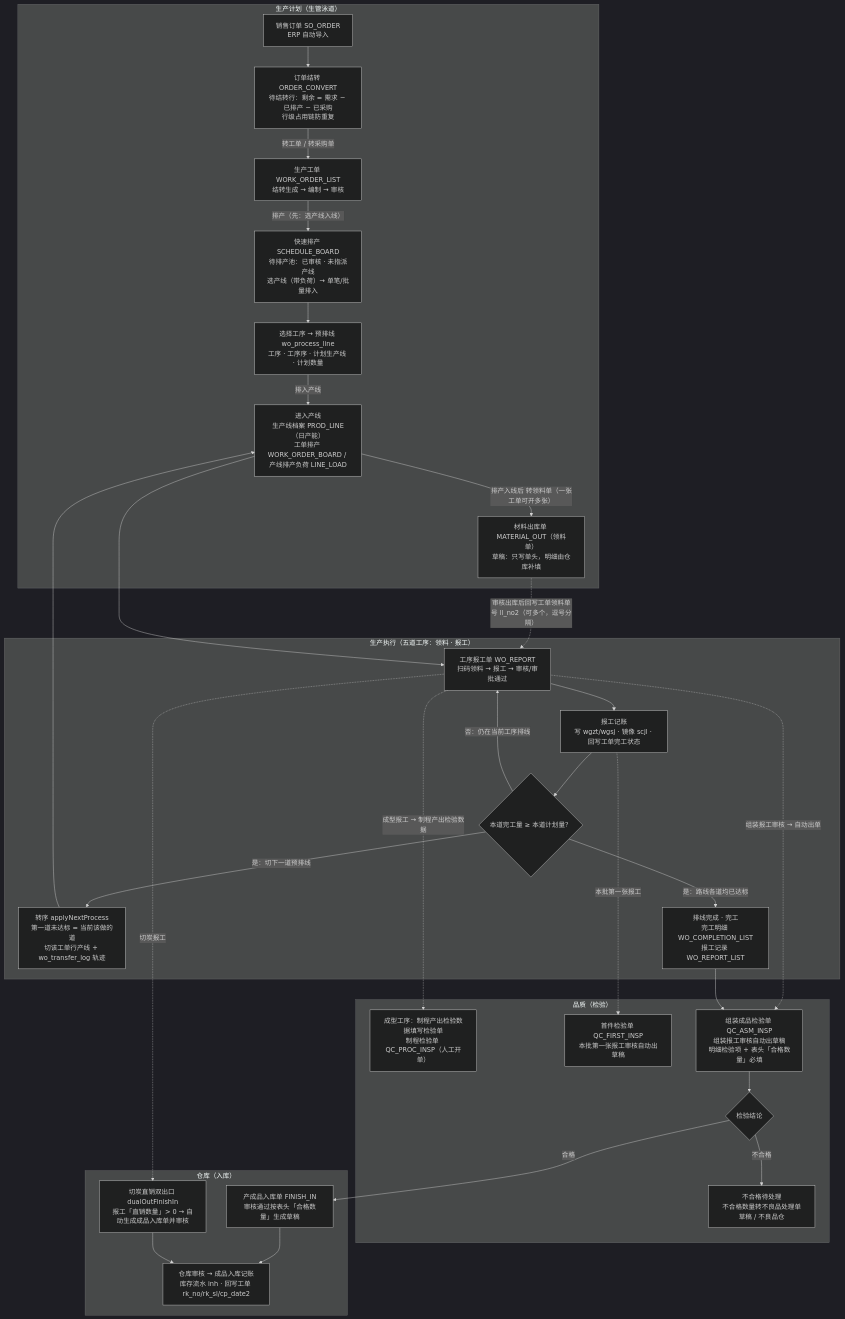
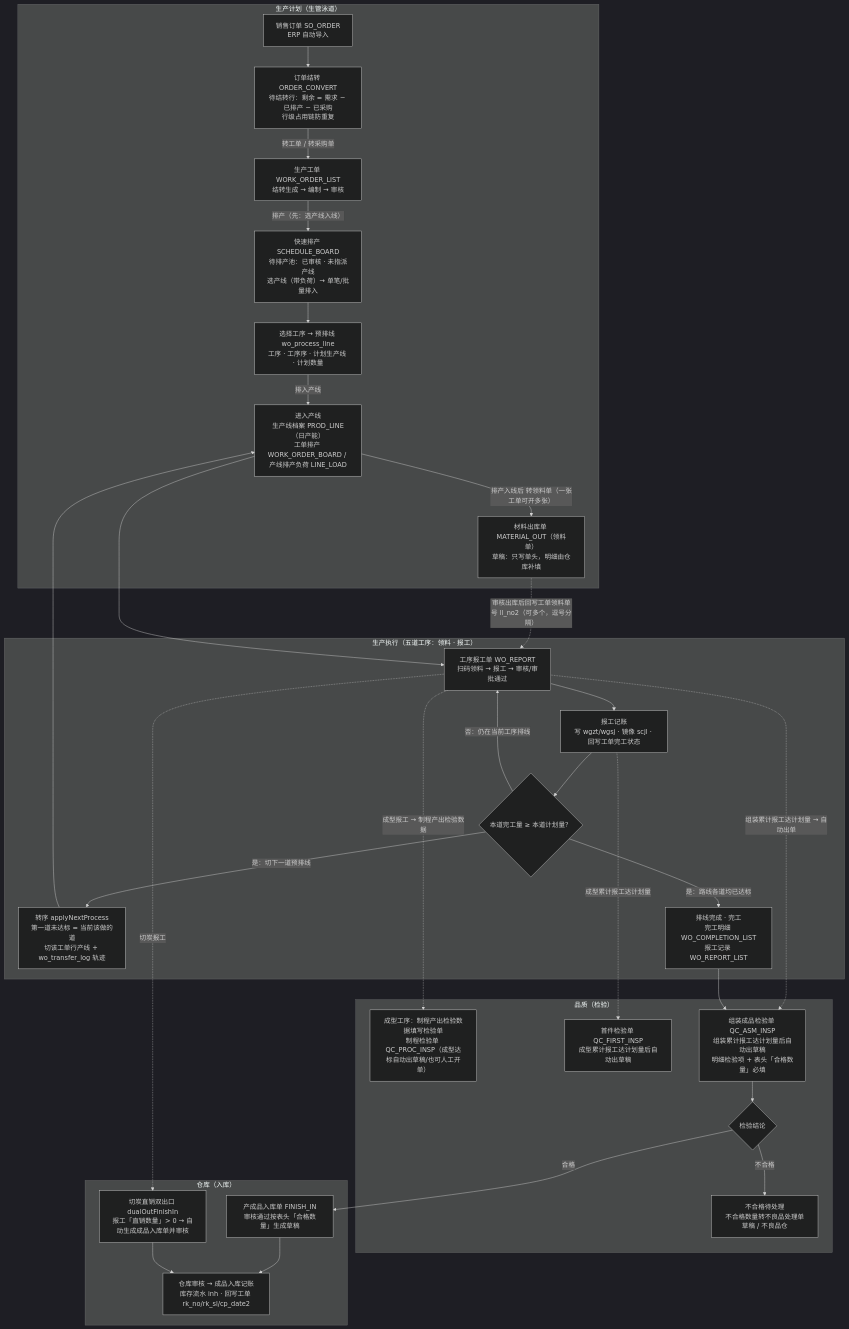
One commit to MyPanda-Hash/YINJIA changed the diagram in docs/design/生产流程-现役实现.md. Above: the diagram before and after it, drawn with Mermaid (dark theme). The commit also changed other lines of this file and 17 other files, not shown here.

````diff
--- a/docs/design/生产流程-现役实现.md
+++ b/docs/design/生产流程-现役实现.md
@@ -13,58 +13,58 @@
 ```mermaid
 flowchart TD
   subgraph PLAN["生产计划（生管泳道）"]
     SO["销售订单 SO_ORDER<br/>ERP 自动导入"]
     CONV["订单结转 ORDER_CONVERT<br/>待结转行：剩余 = 需求 − 已排产 − 已采购<br/>行级占用链防重复"]
     WO["生产工单 WORK_ORDER_LIST<br/>结转生成 → 编制 → 审核"]
     PICK["材料出库单 MATERIAL_OUT（领料单）<br/>草稿：只写单头，明细由仓库补填"]
     SB["快速排产 SCHEDULE_BOARD<br/>待排产池：已审核 · 未指派产线<br/>选产线（带负荷）→ 单笔/批量排入"]
     OPSEL["选择工序 → 预排线 wo_process_line<br/>工序 · 工序序 · 计划生产线 · 计划数量"]
     LINE["进入产线<br/>生产线档案 PROD_LINE（日产能）<br/>工单排产 WORK_ORDER_BOARD / 产线排产负荷 LINE_LOAD"]
   end
 
   subgraph EXEC["生产执行（五道工序：领料 · 报工）"]
     REP["工序报工单 WO_REPORT<br/>扫码领料 → 报工 → 审核/审批通过"]
     POST["报工记账<br/>写 wgzt/wgsj · 镜像 scjl · 回写工单完工状态"]
     GATE{"本道完工量 ≥ 本道计划量？"}
     NEXT["转序 applyNextProcess<br/>第一道未达标 = 当前该做的道<br/>切该工单行产线 + wo_transfer_log 轨迹"]
     DONE["排线完成 · 完工<br/>完工明细 WO_COMPLETION_LIST<br/>报工记录 WO_REPORT_LIST"]
   end
 
   subgraph QC["品质（检验）"]
-    PROCFILL["成型工序：制程产出检验数据填写检验单<br/>制程检验单 QC_PROC_INSP（人工开单）"]
-    FIRST["首件检验单 QC_FIRST_INSP<br/>本批第一张报工审核自动出草稿"]
-    ASM["组装成品检验单 QC_ASM_INSP<br/>组装报工审核自动出草稿<br/>明细检验项 + 表头「合格数量」必填"]
+    PROCFILL["成型工序：制程产出检验数据填写检验单<br/>制程检验单 QC_PROC_INSP（成型达标自动出草稿/也可人工开单）"]
+    FIRST["首件检验单 QC_FIRST_INSP<br/>成型累计报工达计划量后自动出草稿"]
+    ASM["组装成品检验单 QC_ASM_INSP<br/>组装累计报工达计划量后自动出草稿<br/>明细检验项 + 表头「合格数量」必填"]
     JUDGE{"检验结论"}
     NG["不合格待处理<br/>不合格数量转不良品处理单草稿 / 不良品仓"]
   end
 
   subgraph WH["仓库（入库）"]
     FI["产成品入库单 FINISH_IN<br/>审核通过按表头「合格数量」生成草稿"]
     STOCK["仓库审核 → 成品入库记账<br/>库存流水 inh · 回写工单 rk_no/rk_sl/cp_date2"]
     CUTOUT["切炭直销双出口 dualOutFinishIn<br/>报工「直销数量」> 0 → 自动生成成品入库单并审核"]
   end
 
   SO --> CONV
   CONV -->|"转工单 / 转采购单"| WO
   WO -->|"排产（先：选产线入线）"| SB
   SB --> OPSEL
   OPSEL -->|"排入产线"| LINE
   LINE -->|"排产入线后 转领料单（一张工单可开多张）"| PICK
   PICK -.->|"审核出库后回写工单领料单号 ll_no2（可多个，逗号分隔）"| REP
   LINE --> REP
   REP --> POST --> GATE
   GATE -->|"否：仍在当前工序排线"| REP
   GATE -->|"是：切下一道预排线"| NEXT
   NEXT --> LINE
   GATE -->|"是：路线各道均已达标"| DONE
   REP -.->|"成型报工 → 制程产出检验数据"| PROCFILL
-  POST -.->|"本批第一张报工"| FIRST
-  REP -.->|"组装报工审核 → 自动出单"| ASM
+  POST -.->|"成型累计报工达计划量"| FIRST
+  REP -.->|"组装累计报工达计划量 → 自动出单"| ASM
   DONE --> ASM
   ASM --> JUDGE
   JUDGE -->|"合格"| FI
   FI --> STOCK
   JUDGE -->|"不合格"| NG
   REP -.->|"切炭报工"| CUTOUT
   CUTOUT --> STOCK
 ```
````
